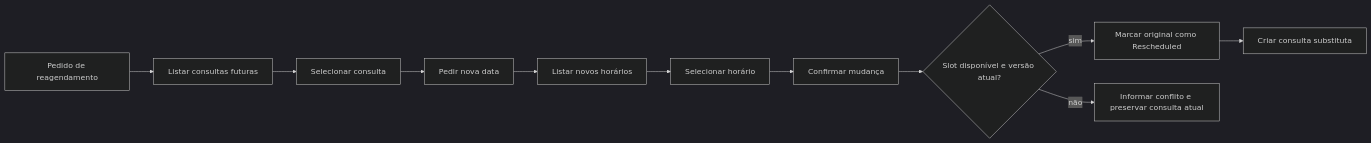
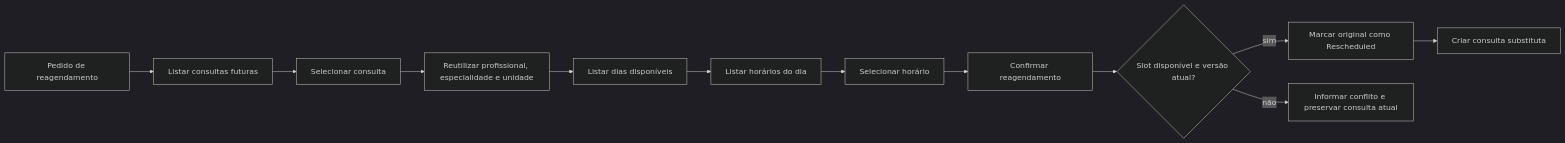
Before and after one commit to felipeeduardo/clinicassistant: the third of 3 diagrams in docs/whatsapp/conversation-playbook.md, drawn with Mermaid (dark theme). The commit also changed other lines of this file and 11 other files, not shown here.

````diff
--- a/docs/whatsapp/conversation-playbook.md
+++ b/docs/whatsapp/conversation-playbook.md
@@ -293,13 +293,14 @@
 ```mermaid
 flowchart LR
     A[Pedido de reagendamento] --> B[Listar consultas futuras]
     B --> C[Selecionar consulta]
-    C --> D[Pedir nova data]
-    D --> E[Listar novos horários]
-    E --> F[Selecionar horário]
-    F --> G[Confirmar mudança]
-    G --> H{Slot disponível e versão atual?}
-    H -- sim --> I[Marcar original como Rescheduled]
-    I --> J[Criar consulta substituta]
-    H -- não --> K[Informar conflito e preservar consulta atual]
+    C --> D[Reutilizar profissional, especialidade e unidade]
+    D --> E[Listar dias disponíveis]
+    E --> F[Listar horários do dia]
+    F --> G[Selecionar horário]
+    G --> H[Confirmar reagendamento]
+    H --> I{Slot disponível e versão atual?}
+    I -- sim --> J[Marcar original como Rescheduled]
+    J --> K[Criar consulta substituta]
+    I -- não --> L[Informar conflito e preservar consulta atual]
 ```
````
